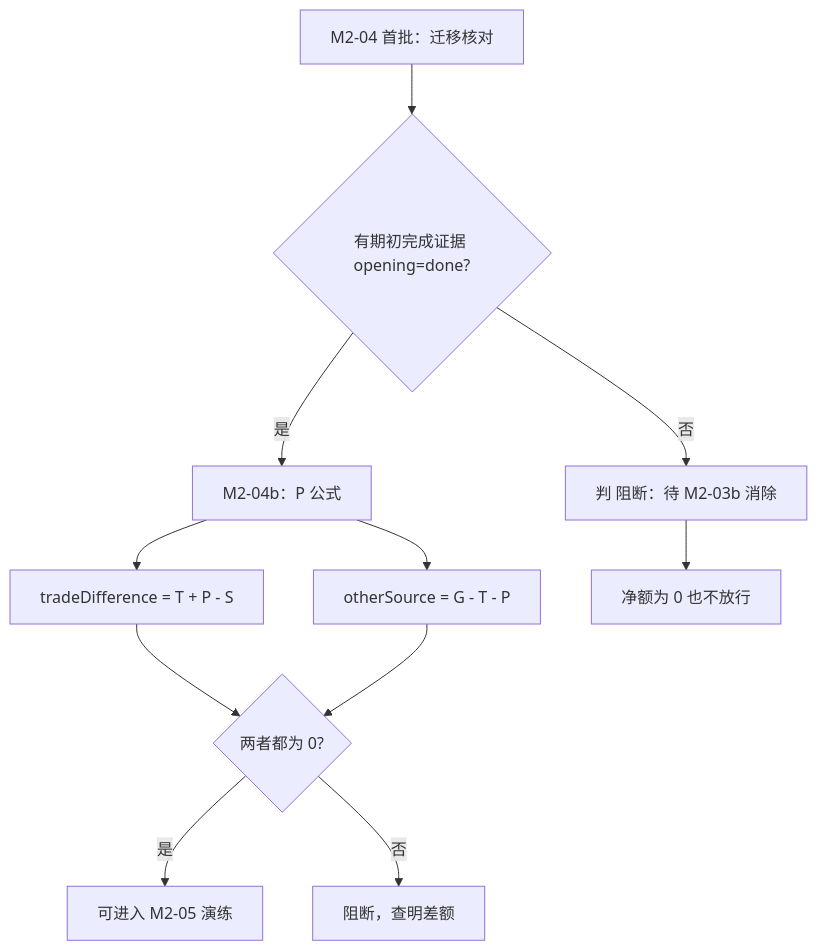
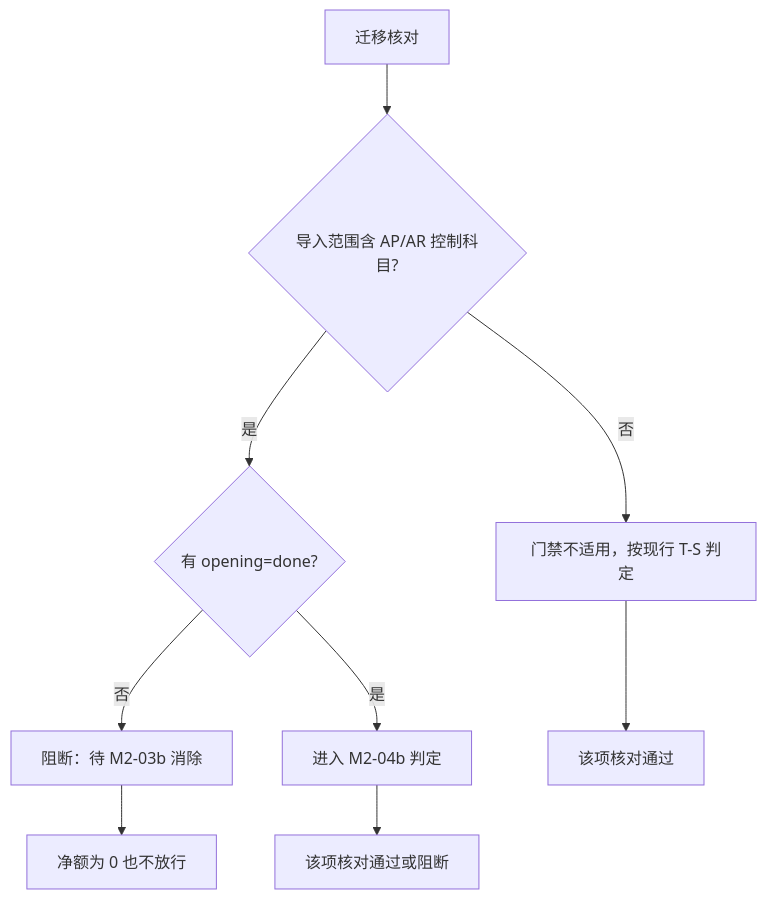
The seventh of 7 diagrams in docs/flows/trade-flow.md (lingshf/ai-native-erp), drawn with Mermaid before and after one commit. The commit also changed other lines of this file and 1 other file, not shown here.

Commit message:
docs: refine D26 gate diagram and demo step 8 per #58 re-review

````diff
--- a/docs/flows/trade-flow.md
+++ b/docs/flows/trade-flow.md
@@ -113,13 +113,11 @@
 ```mermaid
 flowchart TD
-  A["M2-04 首批：迁移核对"] --> B{"有期初完成证据 opening=done?"}
-  B -- 否 --> C["判 阻断：待 M2-03b 消除"]
-  B -- 是 --> D["M2-04b：P 公式"]
-  D --> E["tradeDifference = T + P - S"]
-  D --> F["otherSource = G - T - P"]
-  E --> G{"两者都为 0?"}
-  F --> G
-  G -- 是 --> H["可进入 M2-05 演练"]
-  G -- 否 --> I["阻断，查明差额"]
-  C --> J["净额为 0 也不放行"]
+  A["迁移核对"] --> B{"导入范围含 AP/AR 控制科目?"}
+  B -- 否 --> C["门禁不适用，按现行 T-S 判定"]
+  B -- 是 --> D{"有 opening=done?"}
+  D -- 否 --> E["阻断：待 M2-03b 消除"]
+  D -- 是 --> F["进入 M2-04b 判定"]
+  E --> G["净额为 0 也不放行"]
+  C --> H["该项核对通过"]
+  F --> I["该项核对通过或阻断"]
 ```
````
